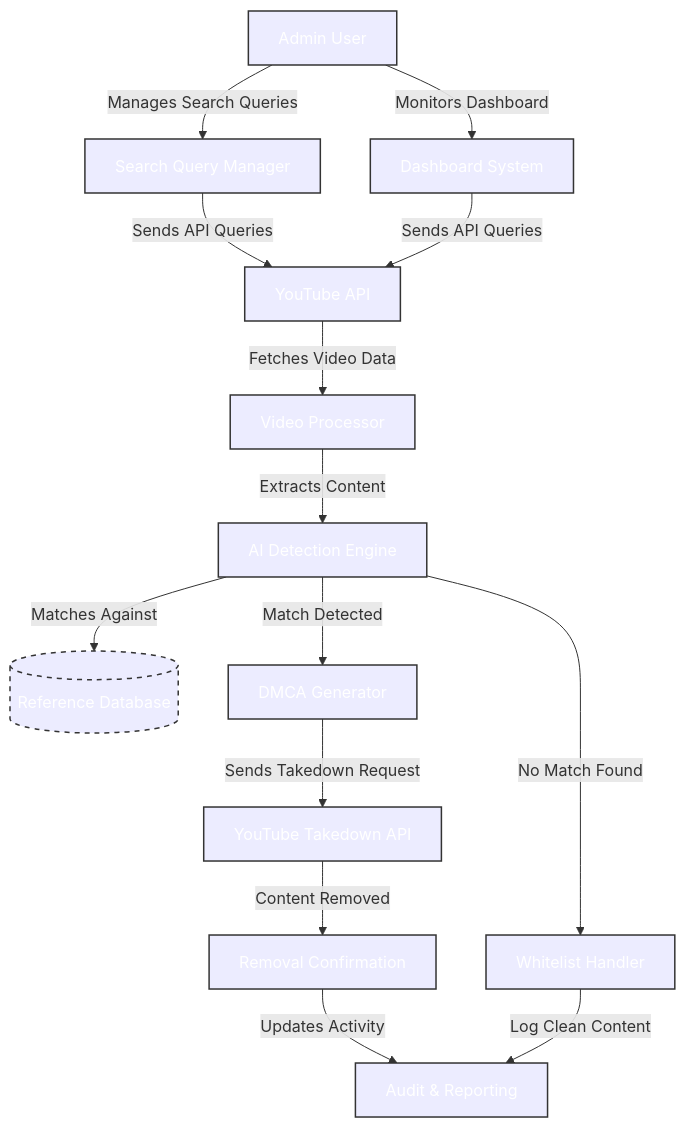
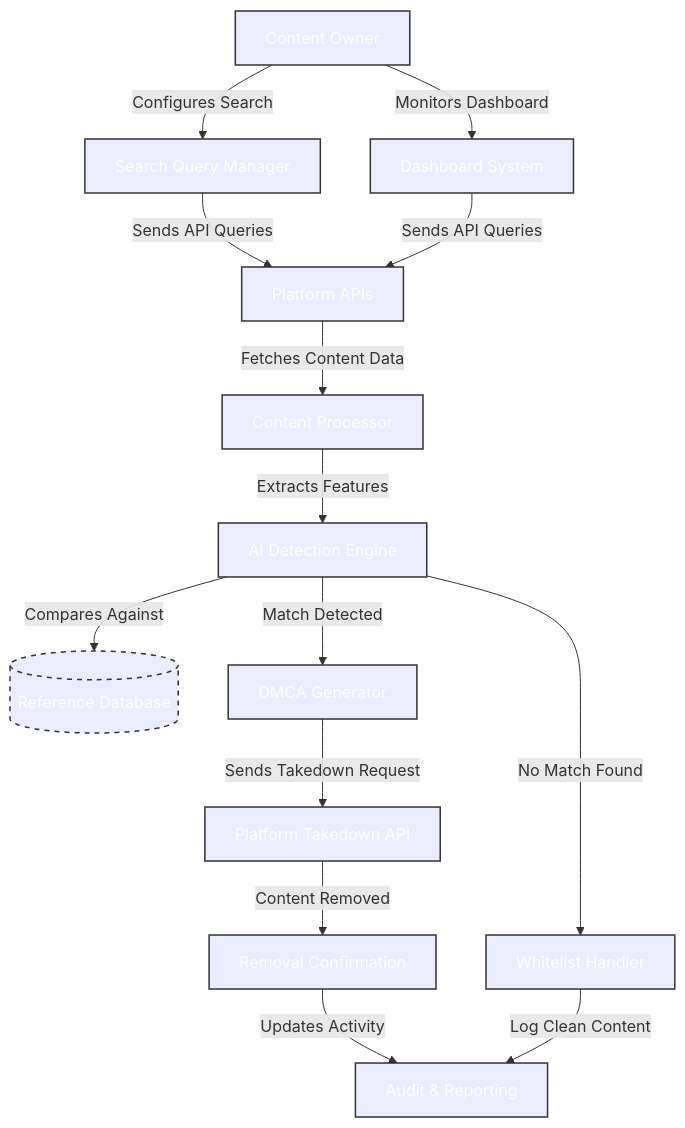
One commit to sktigpta/Secure-Rights changed the first of 2 diagrams in README.md. Above: the diagram before and after it, drawn with Mermaid. The commit also changed other lines of this file, not shown here.

````diff
--- a/README.md
+++ b/README.md
@@ -154,34 +152,34 @@
 ```mermaid
 flowchart TD
     %% Layer 1: User Interface
-    A[Admin User] -->|Monitors Dashboard| B[Dashboard System]
-    A -->|Manages Search Queries| C[Search Query Manager]
+    A[Content Owner] -->|Monitors Dashboard| B[Dashboard System]
+    A -->|Configures Search| C[Search Query Manager]
     
     %% Layer 2: Data Collection
-    C -->|Sends API Queries| D[YouTube API]
+    C -->|Sends API Queries| D[Platform APIs]
     B -->|Sends API Queries| D
-    D -->|Fetches Video Data| E[Video Processor]
+    D -->|Fetches Content Data| E[Content Processor]
     
     %% Layer 3: Content Analysis
-    E -->|Extracts Content| F[AI Detection Engine]
-    F -->|Matches Against| G[(Reference Database)]
+    E -->|Extracts Features| F[AI Detection Engine]
+    F -->|Compares Against| G[(Reference Database)]
     
     %% Layer 4: Decision Paths
     F -->|No Match Found| H[Whitelist Handler]
     F -->|Match Detected| I[DMCA Generator]
     
     %% Layer 5: Takedown Process
-    I -->|Sends Takedown Request| J[YouTube Takedown API]
+    I -->|Sends Takedown Request| J[Platform Takedown API]
     J -->|Content Removed| K[Removal Confirmation]
     
     %% Layer 6: Reporting
     K -->|Updates Activity| L[Audit & Reporting]
     H -->|Log Clean Content| L
 
     %% Styling (minimal monochrome)
     classDef default stroke:#333,stroke-width:1.5px,color:#fff
     classDef database stroke-dasharray: 5 5
 
     class G database
     class A,B,C,D,E,F,G,H,I,J,K,L default
 ```
````
